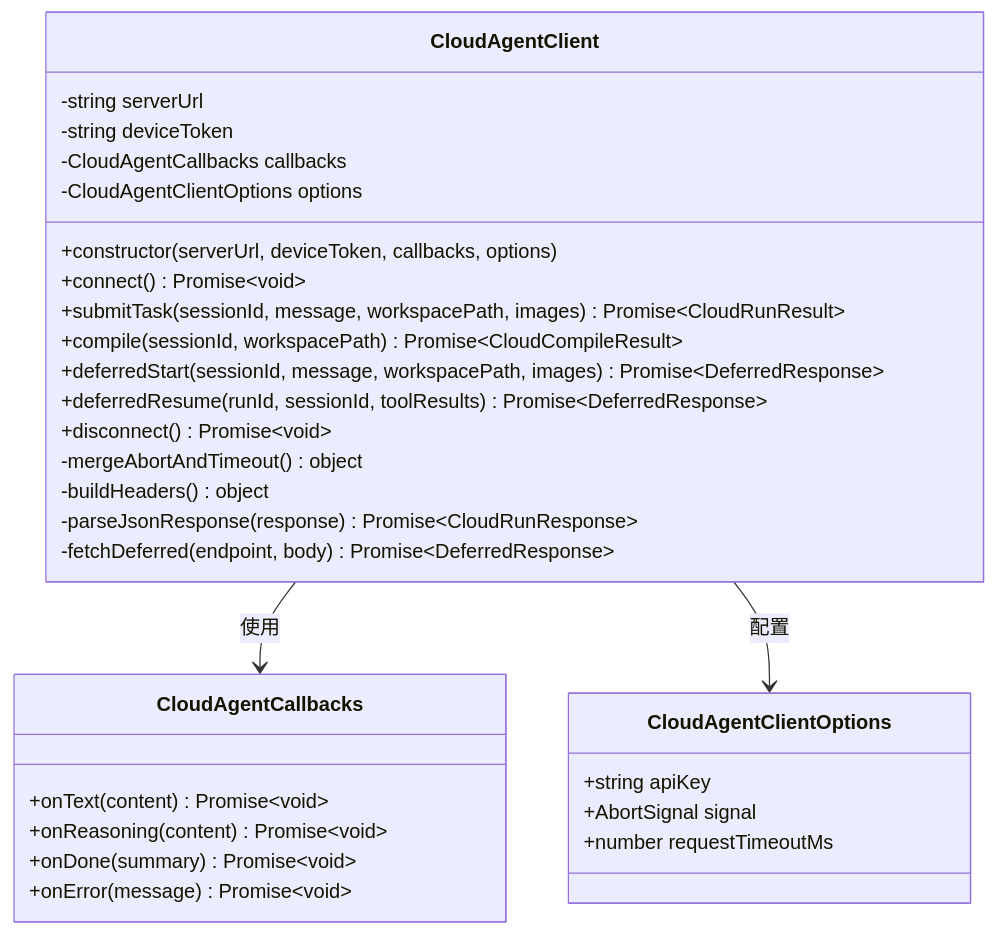
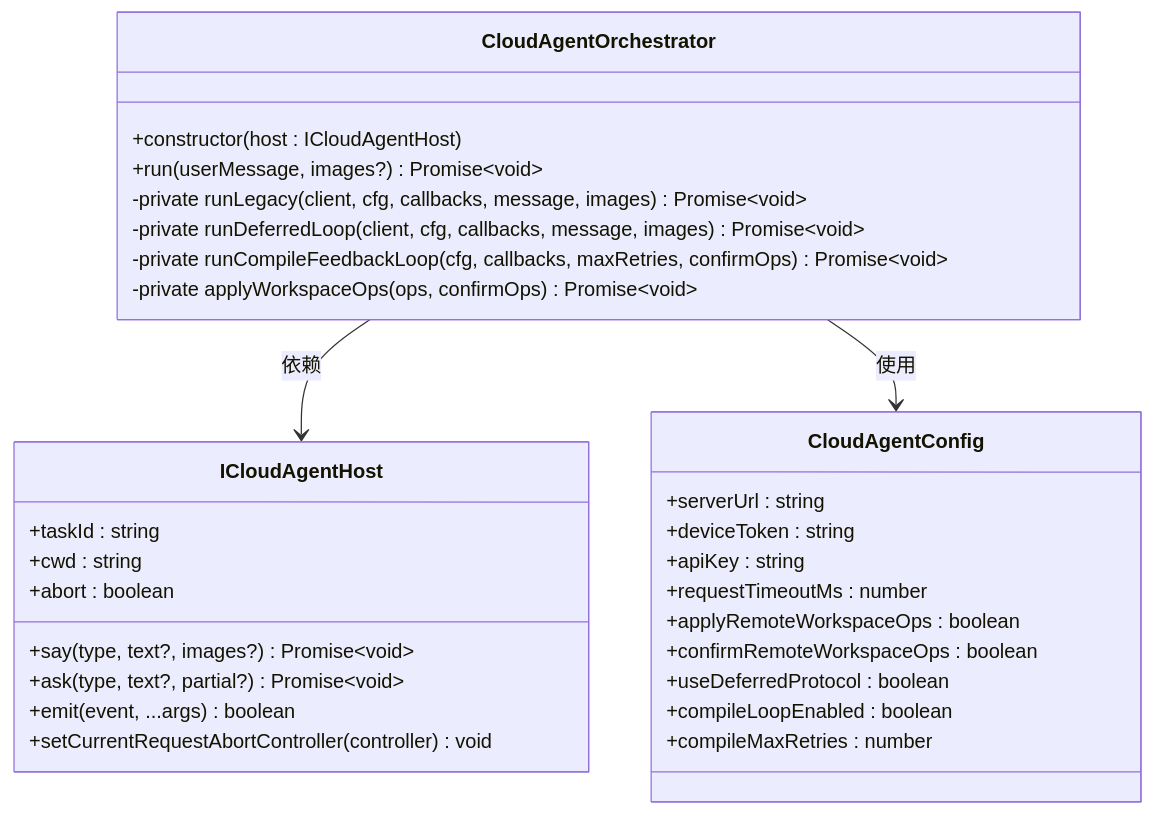
The third of 8 diagrams in .qoder/repowiki/zh/content/项目概述/核心功能特性/Cloud Agent 云代理系统/Cloud Agent 云代理系统.md (JunjieChen0/NJUST), drawn with Mermaid before and after one commit. The commit also changed other lines of this file and 37 other files, not shown here.

````diff
--- a/.qoder/repowiki/zh/content/项目概述/核心功能特性/Cloud Agent 云代理系统/Cloud Agent 云代理系统.md
+++ b/.qoder/repowiki/zh/content/项目概述/核心功能特性/Cloud Agent 云代理系统/Cloud Agent 云代理系统.md
@@ -160,33 +202,33 @@
 ```mermaid
 classDiagram
-class CloudAgentClient {
--string serverUrl
--string deviceToken
--CloudAgentCallbacks callbacks
--CloudAgentClientOptions options
-+constructor(serverUrl, deviceToken, callbacks, options)
-+connect() Promise~void~
-+submitTask(sessionId, message, workspacePath, images) Promise~CloudRunResult~
-+compile(sessionId, workspacePath) Promise~CloudCompileResult~
-+deferredStart(sessionId, message, workspacePath, images) Promise~DeferredResponse~
-+deferredResume(runId, sessionId, toolResults) Promise~DeferredResponse~
-+disconnect() Promise~void~
--mergeAbortAndTimeout() object
--buildHeaders() object
--parseJsonResponse(response) Promise~CloudRunResponse~
--fetchDeferred(endpoint, body) Promise~DeferredResponse~
+class CloudAgentOrchestrator {
++constructor(host : ICloudAgentHost)
++run(userMessage, images?) Promise~void~
+-private runLegacy(client, cfg, callbacks, message, images) Promise~void~
+-private runDeferredLoop(client, cfg, callbacks, message, images) Promise~void~
+-private runCompileFeedbackLoop(cfg, callbacks, maxRetries, confirmOps) Promise~void~
+-private applyWorkspaceOps(ops, confirmOps) Promise~void~
 }
-class CloudAgentCallbacks {
-+onText(content) Promise~void~
-+onReasoning(content) Promise~void~
-+onDone(summary) Promise~void~
-+onError(message) Promise~void~
+class ICloudAgentHost {
++taskId : string
++cwd : string
++abort : boolean
++say(type, text?, images?) Promise~void~
++ask(type, text?, partial?) Promise~void~
++emit(event, ...args) boolean
++setCurrentRequestAbortController(controller) void
 }
-class CloudAgentClientOptions {
-+string apiKey
-+AbortSignal signal
-+number requestTimeoutMs
+class CloudAgentConfig {
++serverUrl : string
++deviceToken : string
++apiKey : string
++requestTimeoutMs : number
++applyRemoteWorkspaceOps : boolean
++confirmRemoteWorkspaceOps : boolean
++useDeferredProtocol : boolean
++compileLoopEnabled : boolean
++compileMaxRetries : number
 }
-CloudAgentClient --> CloudAgentCallbacks : 使用
-CloudAgentClient --> CloudAgentClientOptions : 配置
+CloudAgentOrchestrator --> ICloudAgentHost : 依赖
+CloudAgentOrchestrator --> CloudAgentConfig : 使用
 ```
````
